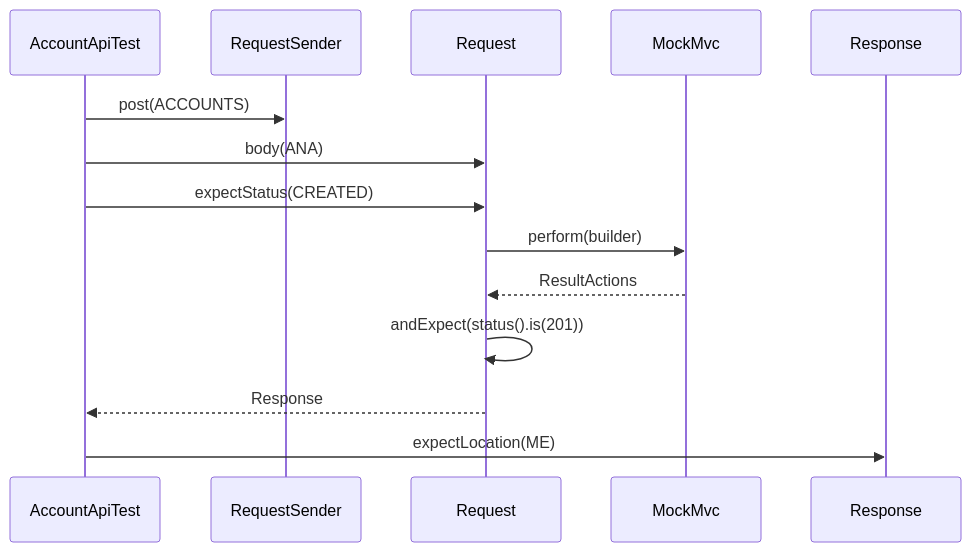
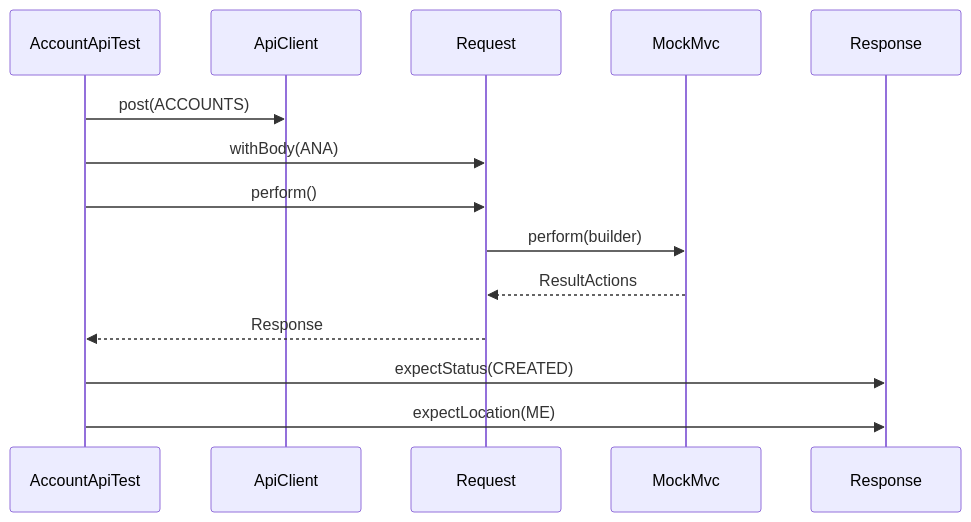
The third of 3 diagrams in openspec/changes/refactor-api-test-request-sender/design.md (WilliamRAlvesJr/kanban), drawn with Mermaid before and after one commit. The commit also changed other lines of this file and 10 other files, not shown here.

First line of the commit message:
Implementa o ApiClient e migra o AccountApiTest

````diff
--- a/openspec/changes/refactor-api-test-request-sender/design.md
+++ b/openspec/changes/refactor-api-test-request-sender/design.md
@@ -58,16 +94,16 @@
 ```mermaid
 sequenceDiagram
     participant T as AccountApiTest
-    participant RS as RequestSender
+    participant AC as ApiClient
     participant RQ as Request
     participant M as MockMvc
     participant RP as Response
-    T->>RS: post(ACCOUNTS)
-    T->>RQ: body(ANA)
-    T->>RQ: expectStatus(CREATED)
+    T->>AC: post(ACCOUNTS)
+    T->>RQ: withBody(ANA)
+    T->>RQ: perform()
     RQ->>M: perform(builder)
     M-->>RQ: ResultActions
-    RQ->>RQ: andExpect(status().is(201))
     RQ-->>T: Response
+    T->>RP: expectStatus(CREATED)
     T->>RP: expectLocation(ME)
 ```
````
